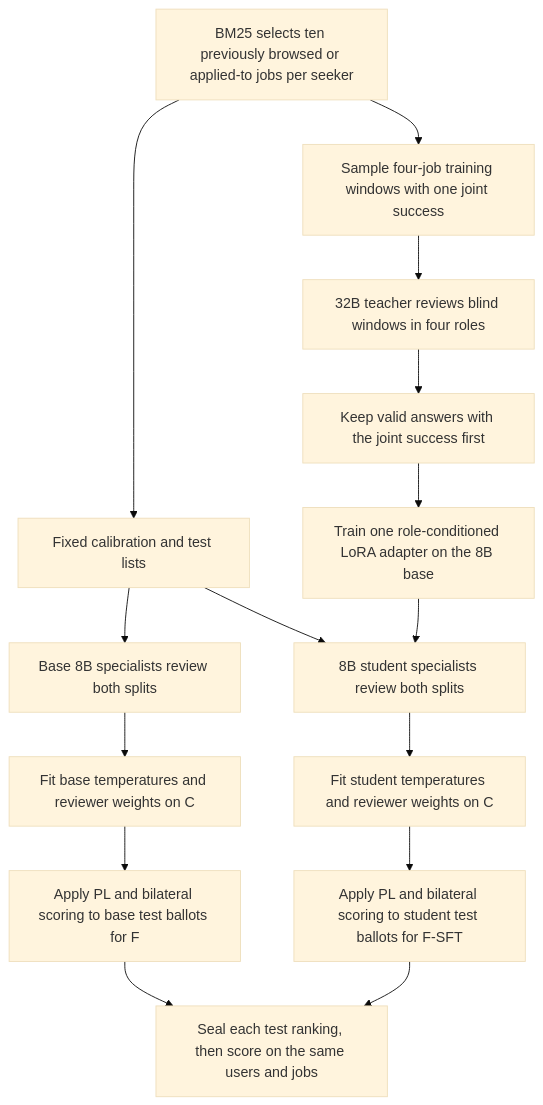
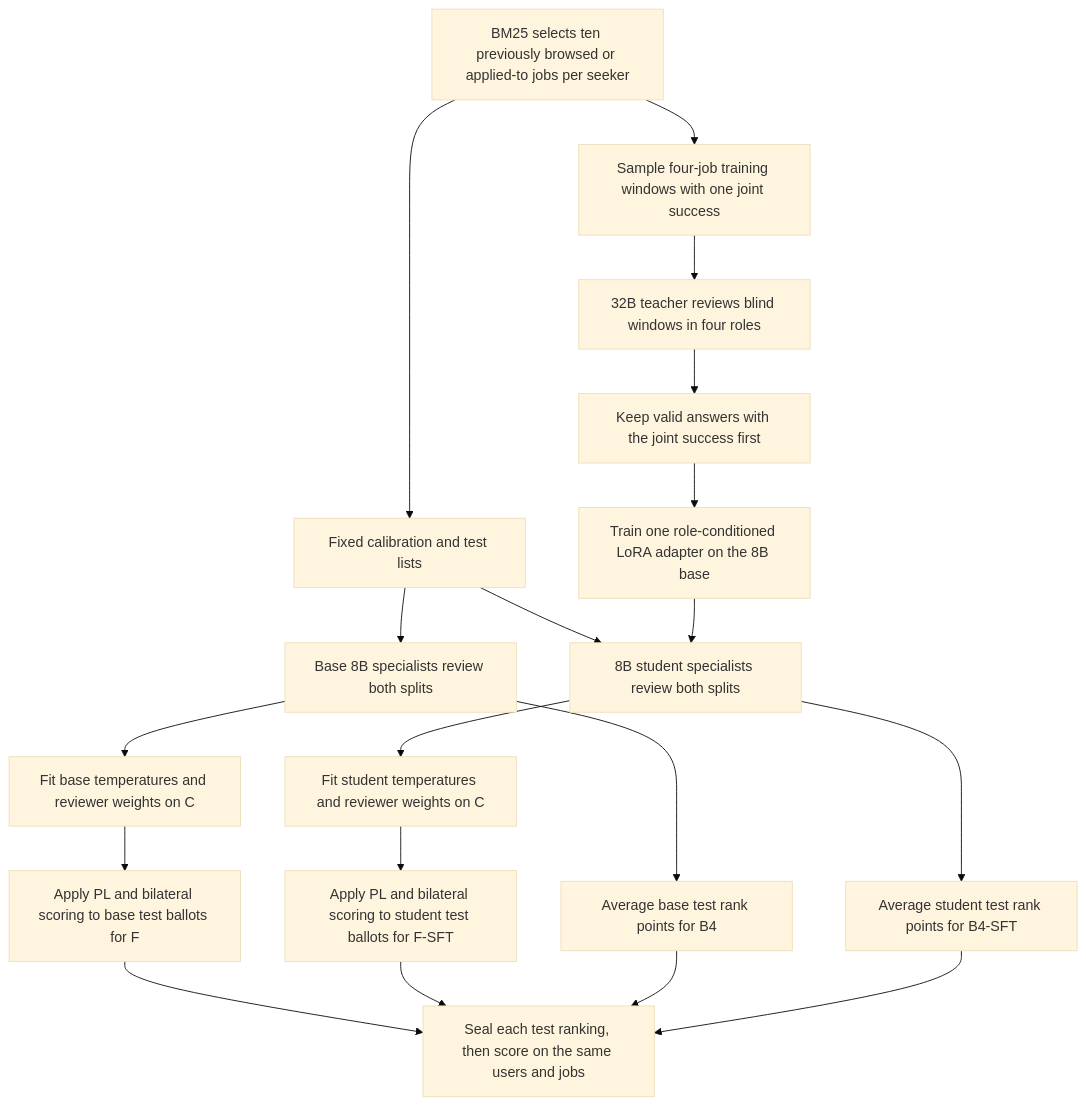
One commit to sikun5/MAS4JobRec changed the diagram in results/method_pipeline.md. Above: the diagram before and after it, drawn with Mermaid (base theme). The commit also changed other lines of this file and 14 other files, not shown here.

````diff
--- a/results/method_pipeline.md
+++ b/results/method_pipeline.md
@@ -3,18 +3,22 @@
 ```mermaid
 flowchart TD
     pool["BM25 selects ten previously browsed or applied-to jobs per seeker"]
     pool --> train["Sample four-job training windows with one joint success"]
     train --> teacher["32B teacher reviews blind windows in four roles"]
     teacher --> demos["Keep valid answers with the joint success first"]
     demos --> adapter["Train one role-conditioned LoRA adapter on the 8B base"]
     pool --> lists["Fixed calibration and test lists"]
     lists --> base["Base 8B specialists review both splits"]
     lists --> student["8B student specialists review both splits"]
     adapter --> student
     base --> bc["Fit base temperatures and reviewer weights on C"]
     student --> sc["Fit student temperatures and reviewer weights on C"]
     bc --> f["Apply PL and bilateral scoring to base test ballots for F"]
     sc --> fs["Apply PL and bilateral scoring to student test ballots for F-SFT"]
     f --> evals["Seal each test ranking, then score on the same users and jobs"]
     fs --> evals
+    base --> b4["Average base test rank points for B4"]
+    student --> b4s["Average student test rank points for B4-SFT"]
+    b4 --> evals
+    b4s --> evals
 ```
````
